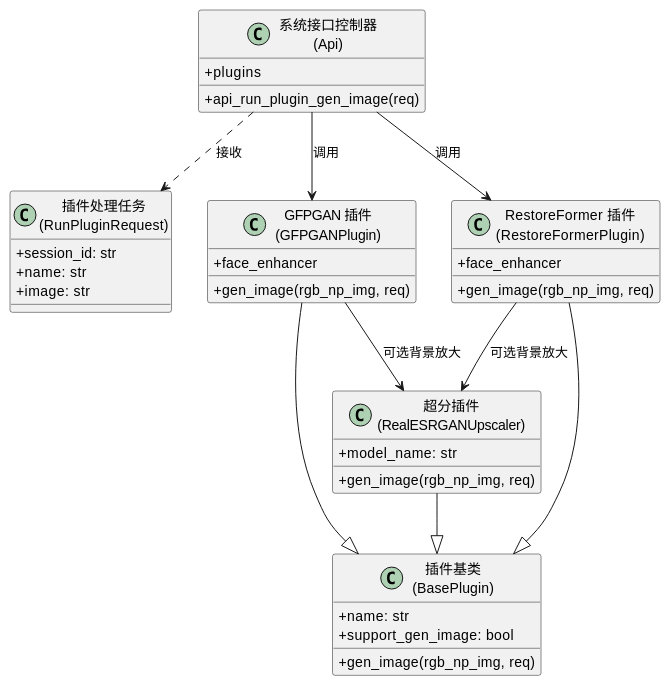
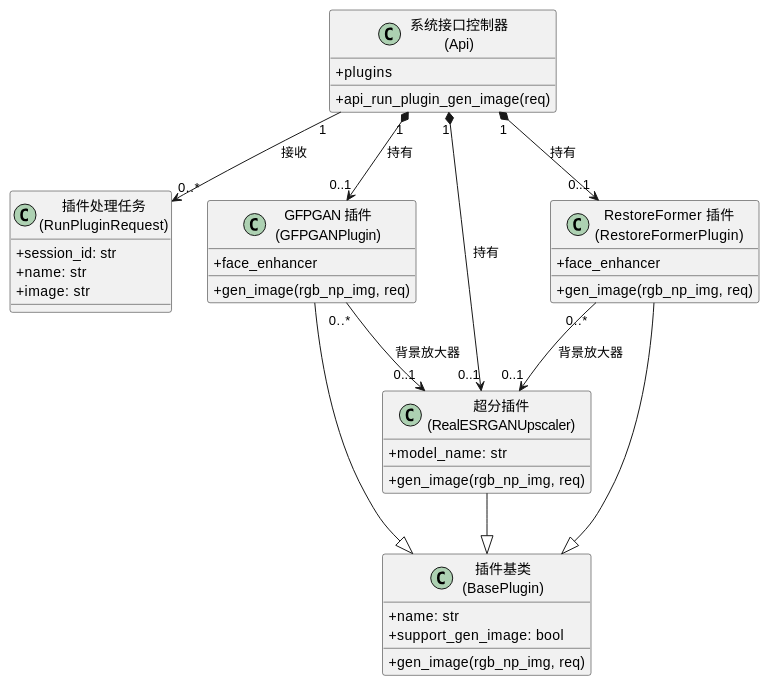
One commit to LyferLu/Artie changed diagram 16 of 26 in doc/paper.md. Above: the diagram before and after it, drawn with PlantUML. The commit also changed other lines of this file, not shown here.

````diff
--- a/doc/paper.md
+++ b/doc/paper.md
@@ -1255,46 +1255,47 @@
 ```plantuml
 @startuml
 skinparam classAttributeIconSize 0
 
 class "系统接口控制器\n(Api)" as Api {
   +plugins
   +api_run_plugin_gen_image(req)
 }
 
 class "插件处理任务\n(RunPluginRequest)" as RunPluginRequest {
   +session_id: str
   +name: str
   +image: str
 }
 
 class "插件基类\n(BasePlugin)" as BasePlugin {
   +name: str
   +support_gen_image: bool
   +gen_image(rgb_np_img, req)
 }
 
 class "GFPGAN 插件\n(GFPGANPlugin)" as GFPGANPlugin {
   +face_enhancer
   +gen_image(rgb_np_img, req)
 }
 
 class "RestoreFormer 插件\n(RestoreFormerPlugin)" as RestoreFormerPlugin {
   +face_enhancer
   +gen_image(rgb_np_img, req)
 }
 
 class "超分插件\n(RealESRGANUpscaler)" as RealESRGANUpscaler {
   +model_name: str
   +gen_image(rgb_np_img, req)
 }
 
-Api ..> RunPluginRequest : 接收
-Api --> GFPGANPlugin : 调用
-Api --> RestoreFormerPlugin : 调用
+Api "1" --> "0..*" RunPluginRequest : 接收
+Api "1" *--> "0..1" GFPGANPlugin : 持有
+Api "1" *--> "0..1" RestoreFormerPlugin : 持有
+Api "1" *--> "0..1" RealESRGANUpscaler : 持有
 GFPGANPlugin --|> BasePlugin
 RestoreFormerPlugin --|> BasePlugin
 RealESRGANUpscaler --|> BasePlugin
-GFPGANPlugin --> RealESRGANUpscaler : 可选背景放大
-RestoreFormerPlugin --> RealESRGANUpscaler : 可选背景放大
+GFPGANPlugin "0..*" --> "0..1" RealESRGANUpscaler : 背景放大器
+RestoreFormerPlugin "0..*" --> "0..1" RealESRGANUpscaler : 背景放大器
 @enduml
 ```
````
